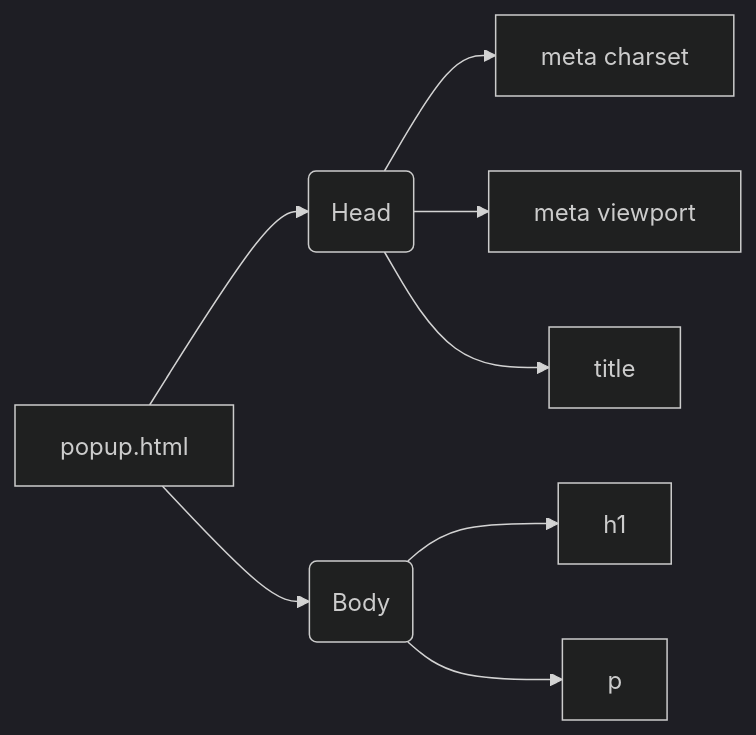
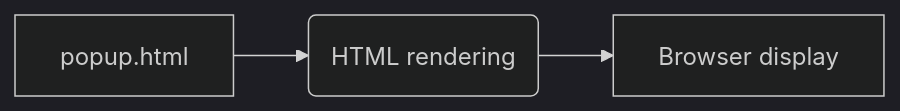
The second of 2 diagrams in docs/gemini/ru/explainer/src/webdriver/firefox/extentions/test_extention/html/popup.md (hypo69/hypo), drawn with Mermaid (dark theme) before and after one commit. The commit also changed other lines of this file and 311 other files, not shown here.

````diff
--- a/docs/gemini/ru/explainer/src/webdriver/firefox/extentions/test_extention/html/popup.md
+++ b/docs/gemini/ru/explainer/src/webdriver/firefox/extentions/test_extention/html/popup.md
@@ -47,10 +48,5 @@
 ```mermaid
 graph LR
-    A[popup.html] --> B(Head)
-    A --> C(Body)
-    B --> D[meta charset]
-    B --> E[meta viewport]
-    B --> F[title]
-    C --> G[h1]
-    C --> H[p]
+    A[popup.html] --> B(HTML rendering);
+    B --> C[Browser display];
 ```
````
